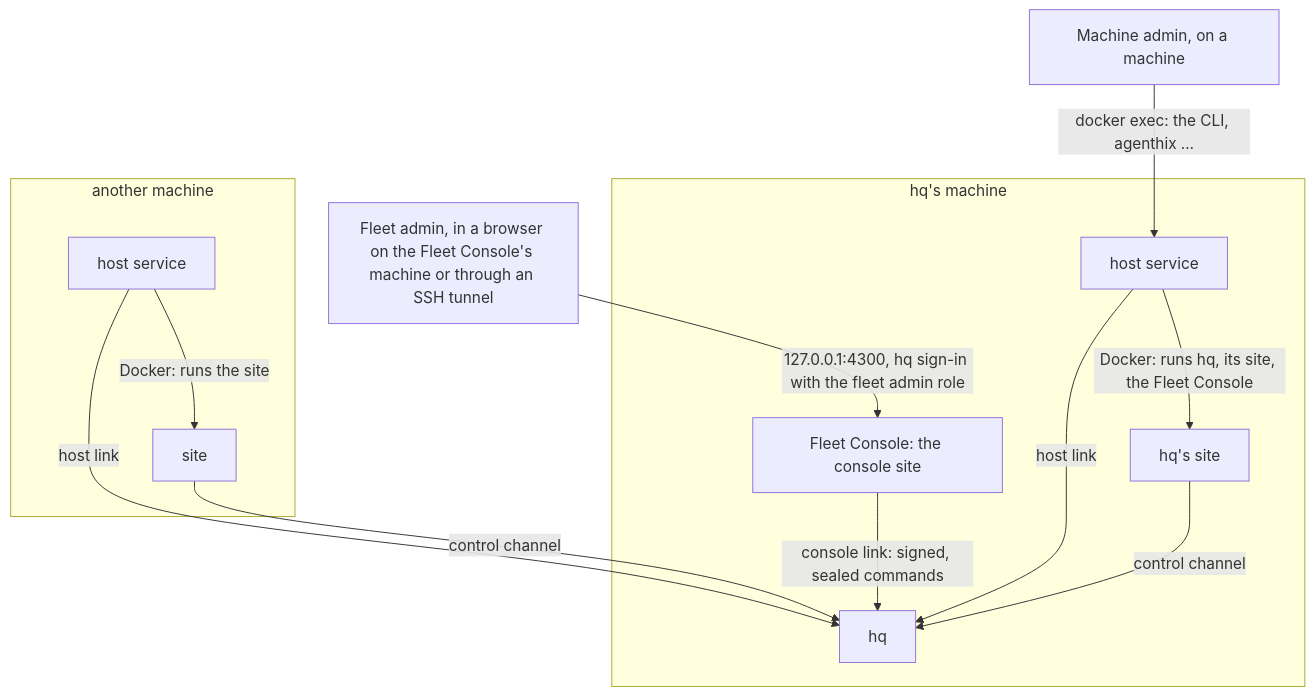
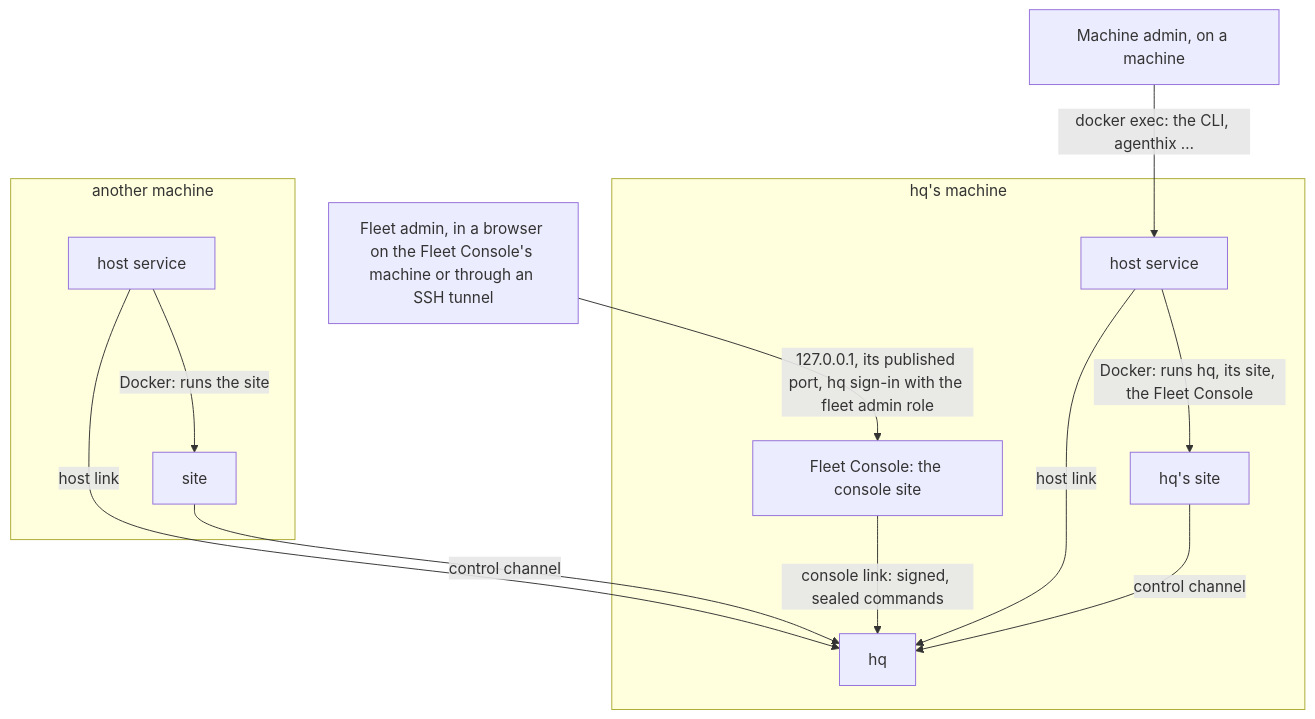
Before and after one commit to solution84-com/agenthix: the first of 4 diagrams in docs/architecture/host-management.md, drawn with Mermaid. The commit also changed other lines of this file and 13 other files, not shown here.

Commit message:
docs: installations, published ports and the check in deployment, host management and the user guide (HQ on 7800, the Fleet Console on 7801); the host protocol at 1.1; AGENTS.md files, CONTRIBUTING and the running-locally skill link to the ports document

````diff
--- a/docs/architecture/host-management.md
+++ b/docs/architecture/host-management.md
@@ -9,22 +9,22 @@
 ```mermaid
 flowchart TB
-    FA["Fleet admin, in a browser on the Fleet Console's machine or through an SSH tunnel"] -->|"127.0.0.1:4300, hq sign-in with the fleet admin role"| HM
+    FA["Fleet admin, in a browser on the Fleet Console's machine or through an SSH tunnel"] -->|"127.0.0.1, its published port, hq sign-in with the fleet admin role"| HM
     MA["Machine admin, on a machine"] -->|"docker exec: the CLI, agenthix …"| HS1
     subgraph M1 ["hq's machine"]
         HM["Fleet Console: the console site"]
         HQ["hq"]
         DS["hq's site"]
         HS1["host service"]
     end
     subgraph M2 ["another machine"]
         HS2["host service"]
         S2["site"]
     end
     HM -->|"console link: signed, sealed commands"| HQ
     HS1 -->|"host link"| HQ
     HS2 -->|"host link"| HQ
     S2 -->|"control channel"| HQ
     DS -->|"control channel"| HQ
     HS1 -->|"Docker: runs hq, its site, the Fleet Console"| DS
     HS2 -->|"Docker: runs the site"| S2
 ```
````
